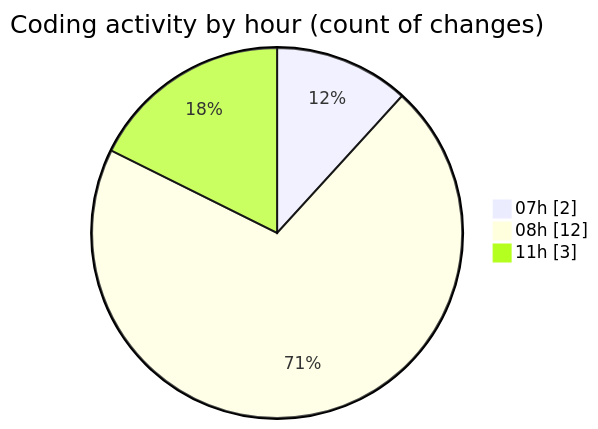
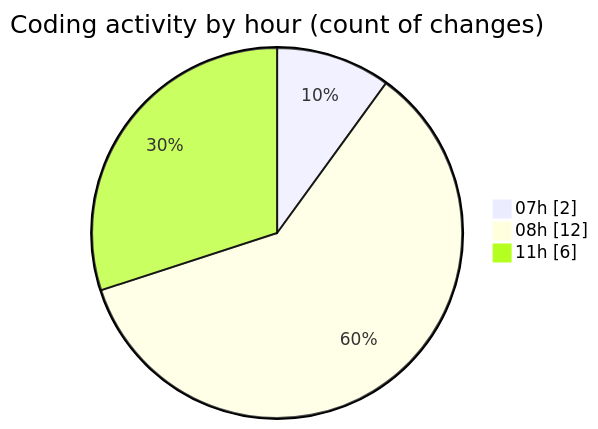
Before and after one commit to LanceThiago/code-tracking: the second of 2 diagrams in 2026-08-28/oficina/README.md, drawn with Mermaid. The commit also changed other lines of this file and 1 other file, not shown here.

````diff
--- a/2026-08-28/oficina/README.md
+++ b/2026-08-28/oficina/README.md
@@ -28,7 +28,7 @@
 ```mermaid
 pie showData
 title Coding activity by hour (count of changes)
 "07h" : 2
 "08h" : 12
-"11h" : 3
+"11h" : 6
 ```
````
